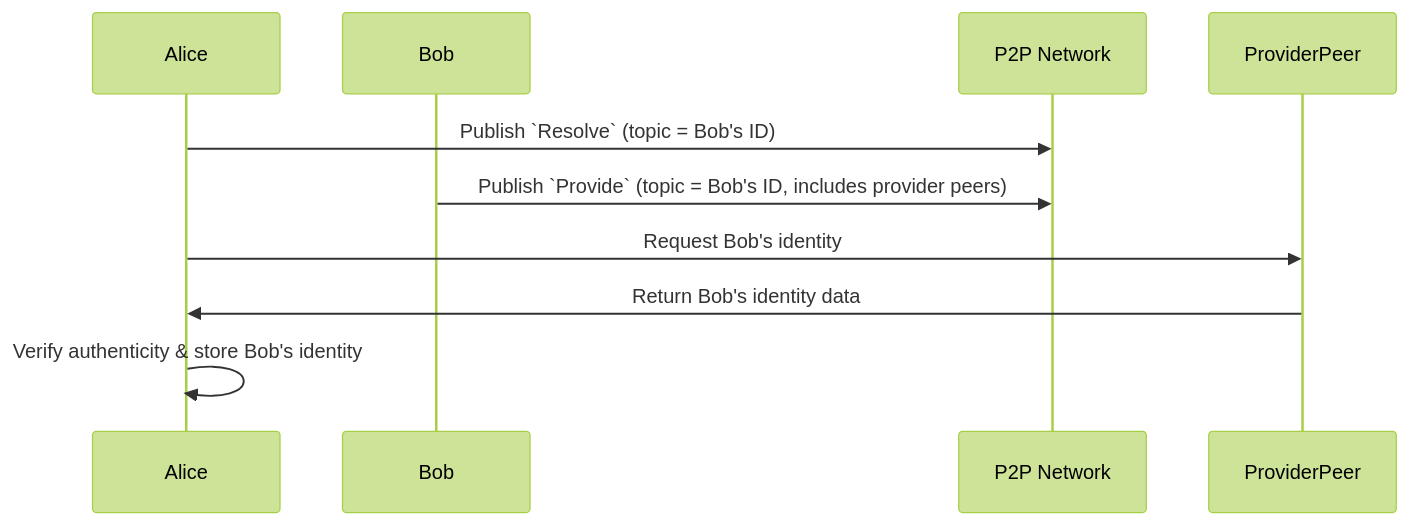
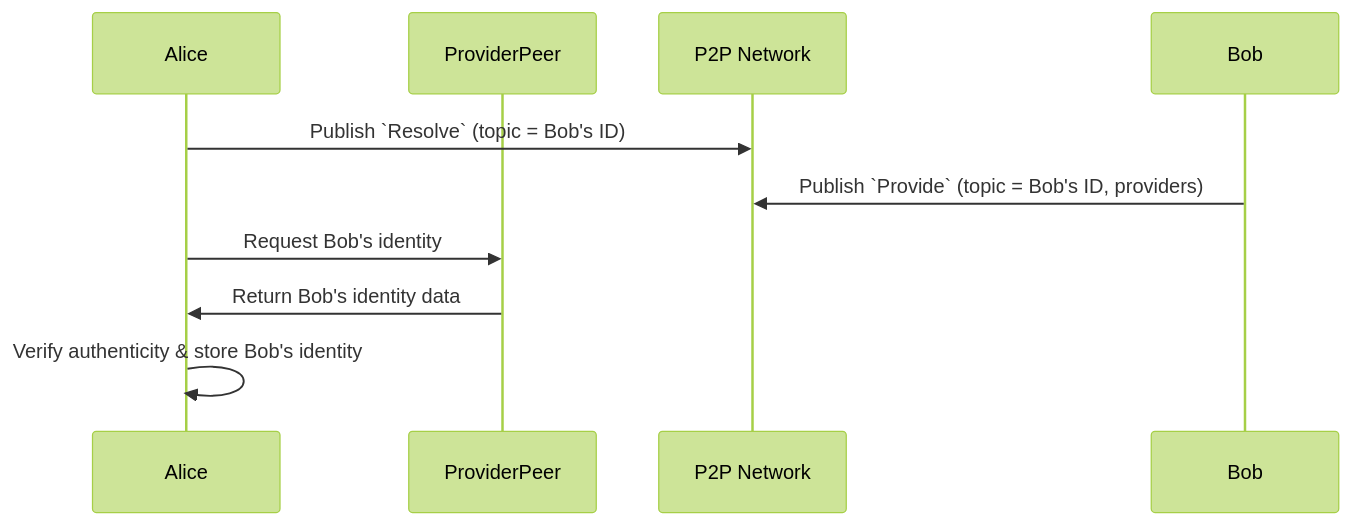
One commit to idp2p/idp2p.github.io changed the first of 3 diagrams in README.md. Above: the diagram before and after it, drawn with Mermaid (forest theme).

````diff
--- a/README.md
+++ b/README.md
@@ -139,14 +139,14 @@
 ```mermaid
 sequenceDiagram
     participant Alice
+    participant ProviderPeer
+    participant P2PNet as P2P Network
     participant Bob
-    participant P2PNet as P2P Network
-    participant ProviderPeer
 
     Alice->>P2PNet: Publish `Resolve` (topic = Bob's ID)
-    Bob->>P2PNet: Publish `Provide` (topic = Bob's ID, includes provider peers)
+    Bob->>P2PNet: Publish `Provide` (topic = Bob's ID, providers)
     Alice->>ProviderPeer: Request Bob's identity
     ProviderPeer->>Alice: Return Bob's identity data
     Alice->>Alice: Verify authenticity & store Bob's identity
 
 ```
````
